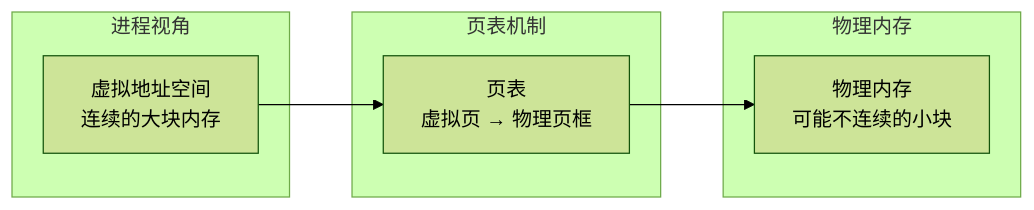
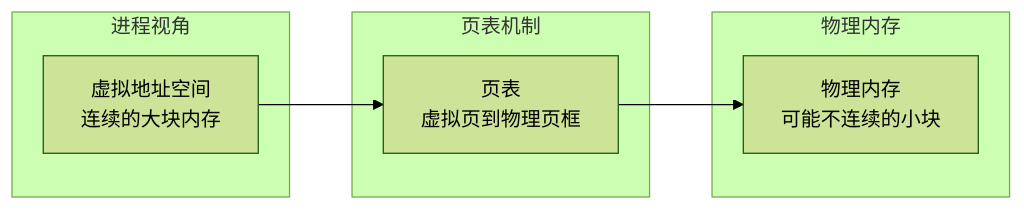
The first of 7 diagrams in learning/website/docs/basics/16-memory-management.md (Xunzhuo/mini-sglang), drawn with Mermaid (forest theme) before and after one commit. The commit also changed other lines of this file and 6 other files, not shown here.

````diff
--- a/learning/website/docs/basics/16-memory-management.md
+++ b/learning/website/docs/basics/16-memory-management.md
@@ -71,16 +71,16 @@
 ```mermaid
 graph LR
     subgraph "进程视角"
         VA[虚拟地址空间<br/>连续的大块内存]
     end
     
     subgraph "页表机制"
-        PT[页表<br/>虚拟页 → 物理页框]
+        PT[页表<br/>虚拟页到物理页框]
     end
     
     subgraph "物理内存"  
         PA[物理内存<br/>可能不连续的小块]
     end
     
     VA --> PT --> PA
 ```
````
